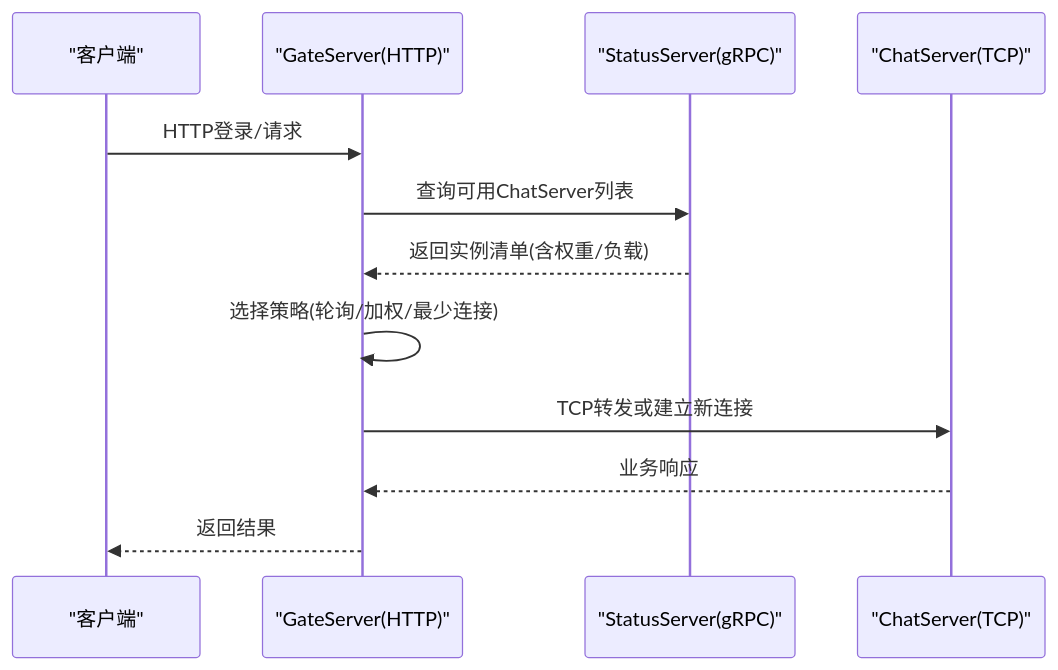
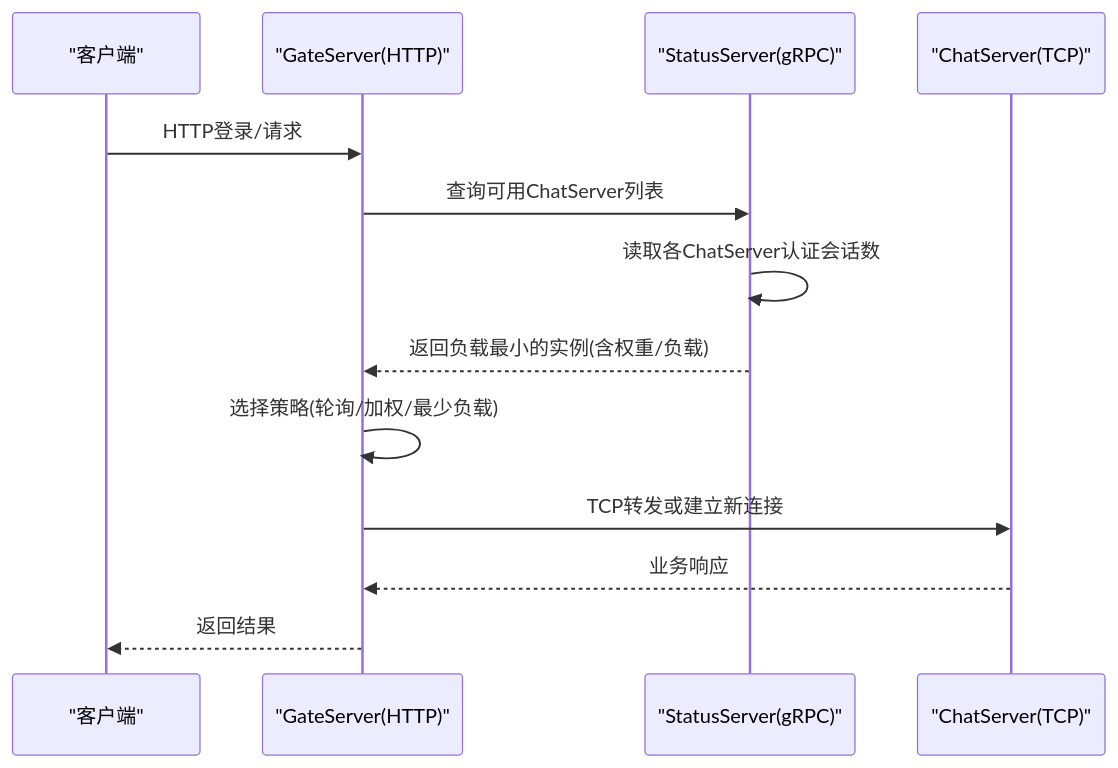
One commit to echo9923/mychatter changed the second of 9 diagrams in .qoder/repowiki/zh/content/分布式系统/负载均衡.md. Above: the diagram before and after it, drawn with Mermaid. The commit also changed other lines of this file and 107 other files, not shown here.

````diff
--- a/.qoder/repowiki/zh/content/分布式系统/负载均衡.md
+++ b/.qoder/repowiki/zh/content/分布式系统/负载均衡.md
@@ -113,14 +132,15 @@
 ```mermaid
 sequenceDiagram
 participant Client as "客户端"
 participant Gate as "GateServer(HTTP)"
 participant Status as "StatusServer(gRPC)"
 participant Chat as "ChatServer(TCP)"
 Client->>Gate : HTTP登录/请求
 Gate->>Status : 查询可用ChatServer列表
-Status-->>Gate : 返回实例清单(含权重/负载)
-Gate->>Gate : 选择策略(轮询/加权/最少连接)
+Status->>Status : 读取各ChatServer认证会话数
+Status-->>Gate : 返回负载最小的实例(含权重/负载)
+Gate->>Gate : 选择策略(轮询/加权/最少负载)
 Gate->>Chat : TCP转发或建立新连接
 Chat-->>Gate : 业务响应
 Gate-->>Client : 返回结果
 ```
````
